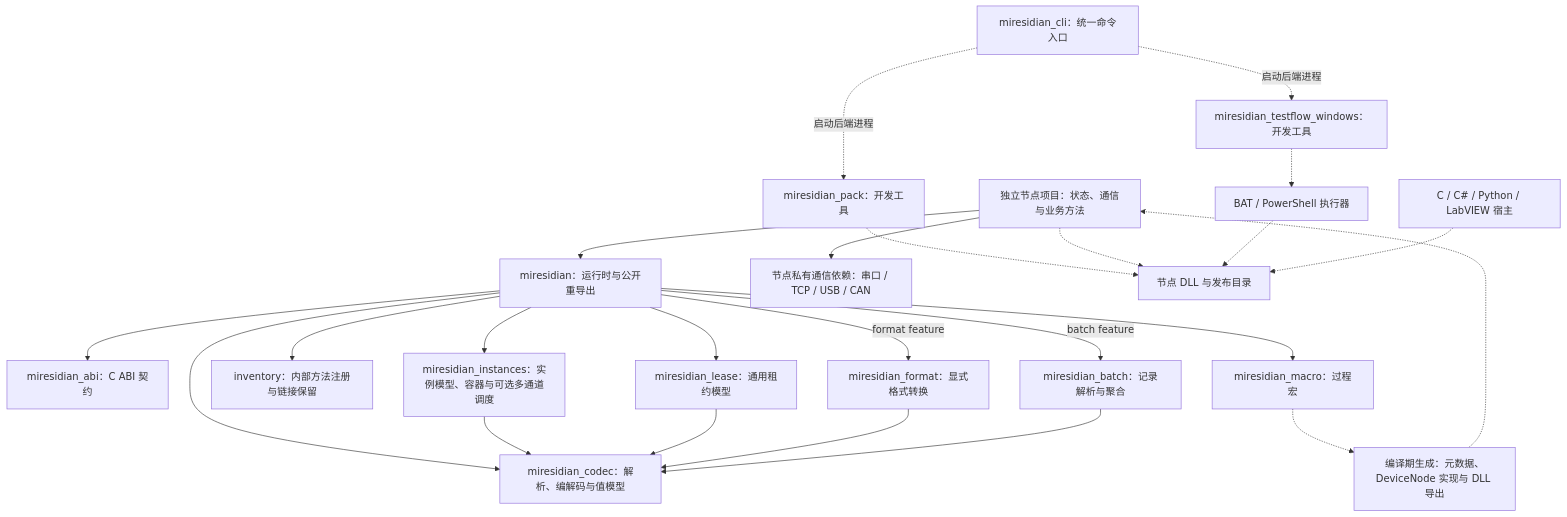
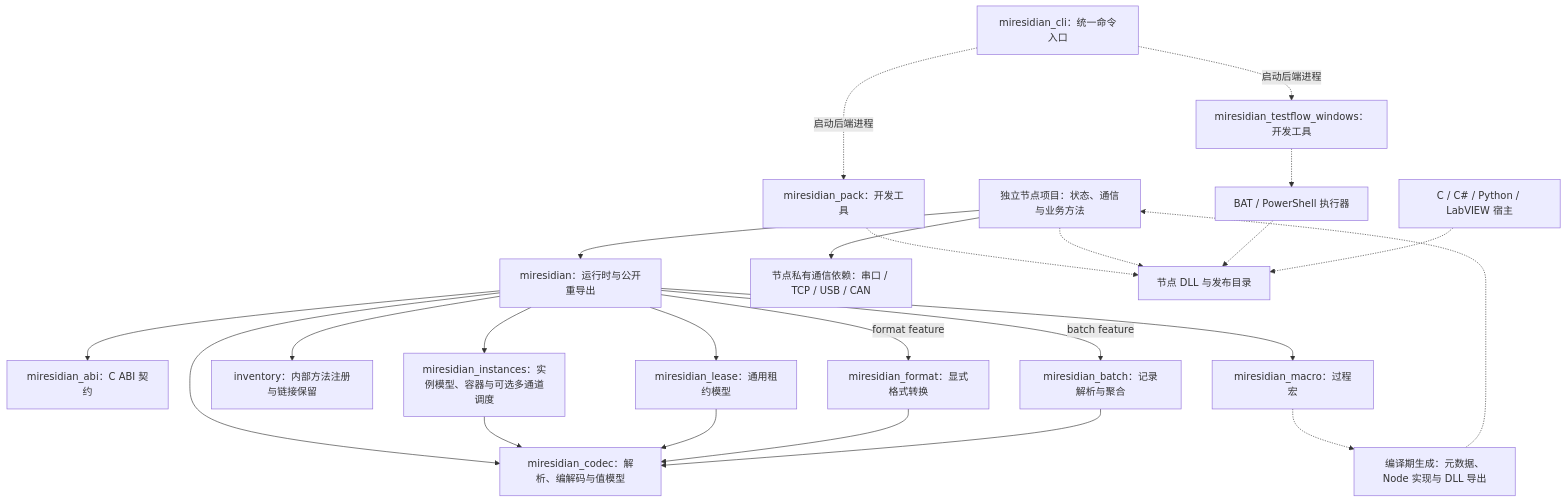
One commit to MyMires/miresidian changed the first of 3 diagrams in docs/architecture.md. Above: the diagram before and after it, drawn with Mermaid. The commit also changed other lines of this file and 86 other files, not shown here.

````diff
--- a/docs/architecture.md
+++ b/docs/architecture.md
@@ -11,26 +13,26 @@
 ```mermaid
 flowchart TB
     node["独立节点项目：状态、通信与业务方法"] --> runtime["miresidian：运行时与公开重导出"]
     node --> transport["节点私有通信依赖：串口 / TCP / USB / CAN"]
     runtime --> abi["miresidian_abi：C ABI 契约"]
     runtime --> codec["miresidian_codec：解析、编解码与值模型"]
     runtime --> macros["miresidian_macro：过程宏"]
     runtime --> registry["inventory：内部方法注册与链接保留"]
     runtime --> instances["miresidian_instances：实例模型、容器与可选多通道调度"]
     instances --> codec
     runtime --> lease["miresidian_lease：通用租约模型"]
     lease --> codec
     runtime -->|format feature| format["miresidian_format：显式格式转换"]
     format --> codec
     runtime -->|batch feature| batch["miresidian_batch：记录解析与聚合"]
     batch --> codec
-    macros -.-> generated["编译期生成：元数据、DeviceNode 实现与 DLL 导出"]
+    macros -.-> generated["编译期生成：元数据、Node 实现与 DLL 导出"]
     generated -.-> node
     pack["miresidian_pack：开发工具"] -.-> dll["节点 DLL 与发布目录"]
     node -.-> dll
     testflow["miresidian_testflow_windows：开发工具"] -.-> bat["BAT / PowerShell 执行器"]
     cli["miresidian_cli：统一命令入口"] -.->|启动后端进程| pack
     cli -.->|启动后端进程| testflow
     bat -.-> dll
     host["C / C# / Python / LabVIEW 宿主"] -.-> dll
 ```
````
